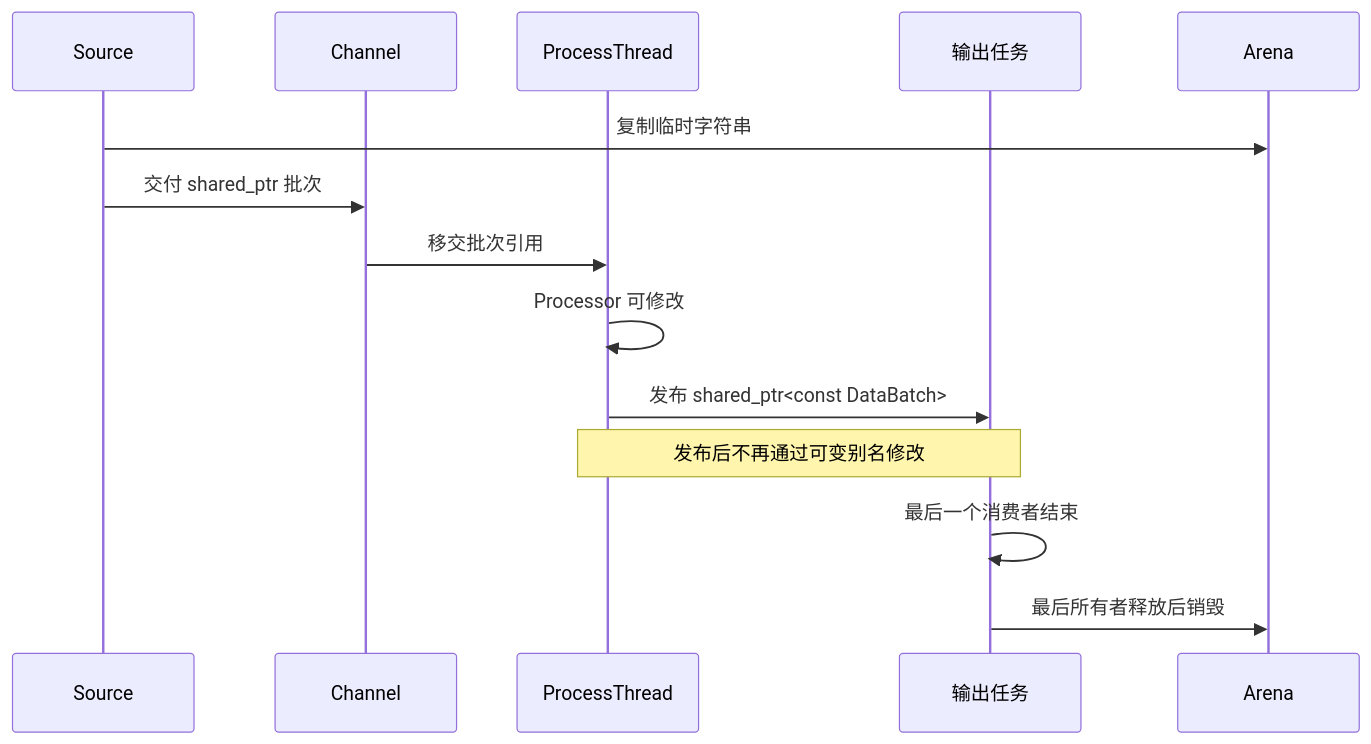
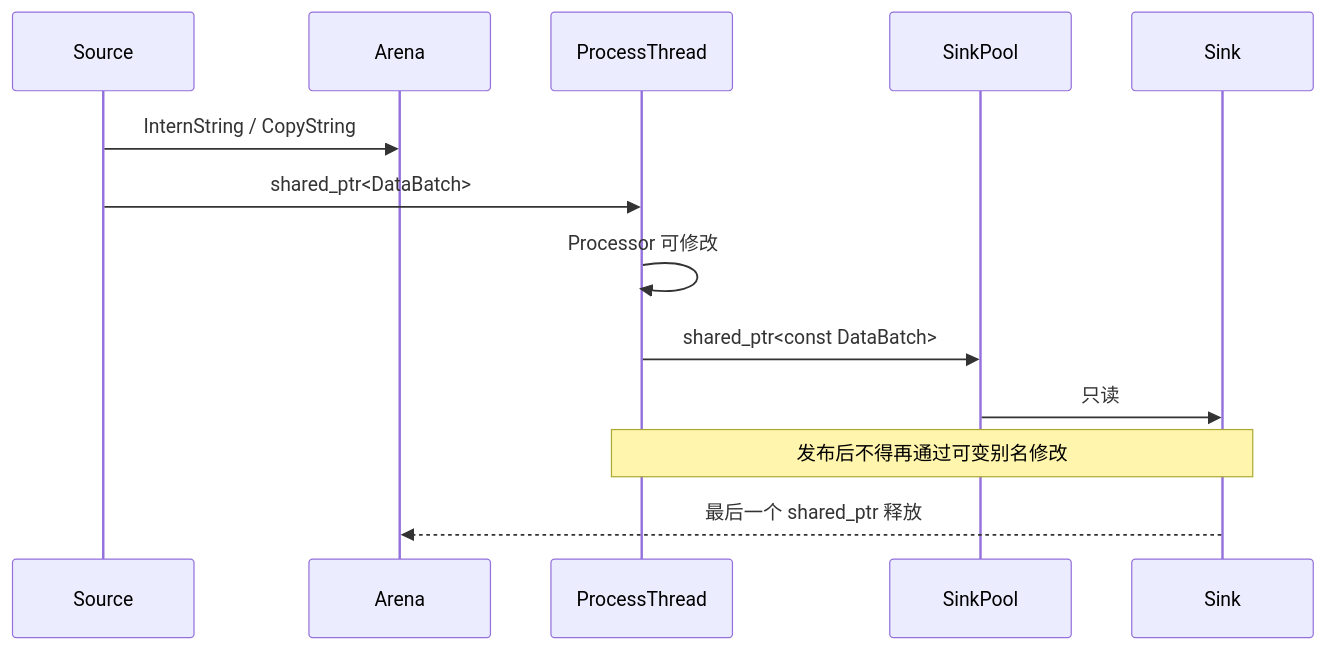
The third of 3 diagrams in docs/document/撰修司/illuminator性能监控平台/设计方案/04-data-and-memory.md (Franch-Toast/Scriptorium), drawn with Mermaid before and after one commit. The commit also changed other lines of this file and 20 other files, not shown here.

````diff
--- a/docs/document/撰修司/illuminator性能监控平台/设计方案/04-data-and-memory.md
+++ b/docs/document/撰修司/illuminator性能监控平台/设计方案/04-data-and-memory.md
@@ -146,17 +193,16 @@
 ```mermaid
 %%{init: {"sequence":{"useMaxWidth":false}}}%%
 sequenceDiagram
     participant S as Source
-    participant Q as Channel
+    participant A as Arena
     participant P as ProcessThread
-    participant W as 输出任务
-    participant A as Arena
-    S->>A: 复制临时字符串
-    S->>Q: 交付 shared_ptr 批次
-    Q->>P: 移交批次引用
+    participant W as SinkPool
+    participant K as Sink
+    S->>A: InternString / CopyString
+    S->>P: shared_ptr<DataBatch>
     P->>P: Processor 可修改
-    P->>W: 发布 shared_ptr<const DataBatch>
-    Note over P,W: 发布后不再通过可变别名修改
-    W->>W: 最后一个消费者结束
-    W->>A: 最后所有者释放后销毁
+    P->>W: shared_ptr<const DataBatch>
+    W->>K: 只读
+    Note over P,K: 发布后不得再通过可变别名修改
+    K-->>A: 最后一个 shared_ptr 释放
 ```
````
